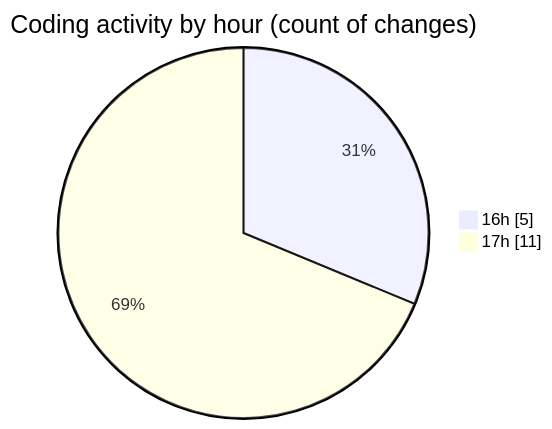
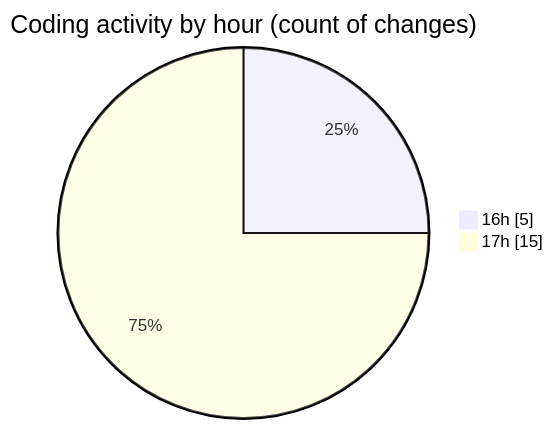
The second of 2 diagrams in 2025-01-10/mbc-web/README.md (robertbonfada/code-tracking), drawn with Mermaid before and after one commit. The commit also changed other lines of this file and 1 other file, not shown here.

````diff
--- a/2025-01-10/mbc-web/README.md
+++ b/2025-01-10/mbc-web/README.md
@@ -32,6 +32,6 @@
 ```mermaid
 pie showData
 title Coding activity by hour (count of changes)
 "16h" : 5
-"17h" : 11
+"17h" : 15
 ```
````
